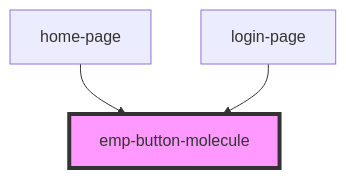
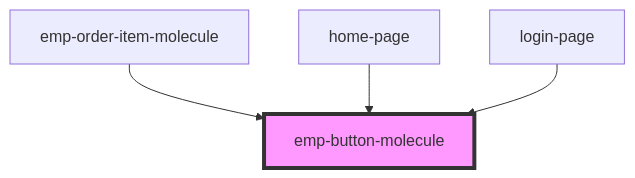
The diagram in empatica-frontend/src/components/molecules/emp-button.molecule/readme.md (Flowrome/empatica), drawn with Mermaid before and after one commit. The commit also changed other lines of this file and 13 other files, not shown here.

````diff
--- a/empatica-frontend/src/components/molecules/emp-button.molecule/readme.md
+++ b/empatica-frontend/src/components/molecules/emp-button.molecule/readme.md
@@ -26,6 +27,7 @@
 ```mermaid
 graph TD;
+  emp-order-item-molecule --> emp-button-molecule
   home-page --> emp-button-molecule
   login-page --> emp-button-molecule
   style emp-button-molecule fill:#f9f,stroke:#333,stroke-width:4px
 ```
````
